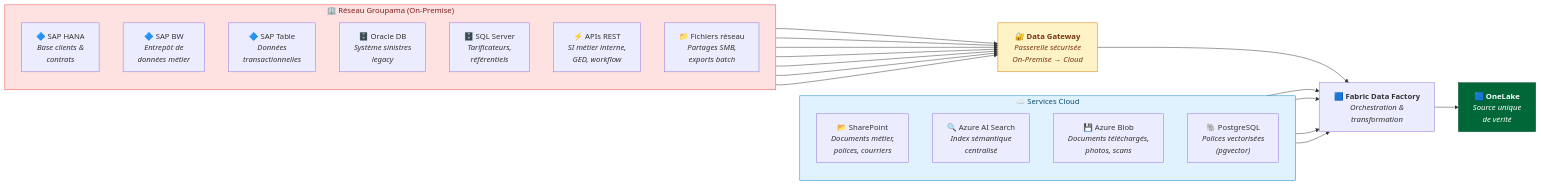
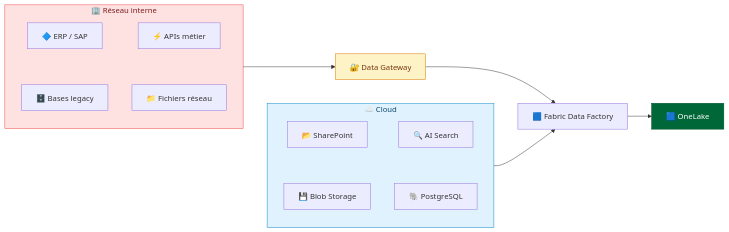
One commit to olivMertens/WorkbenchIQ changed the second of 20 diagrams in docs/ARCHITECTURE-AGENTIC-V2-TARGET.md. Above: the diagram before and after it, drawn with Mermaid. The commit also changed other lines of this file and 6 other files, not shown here.

First line of the commit message:
Architecture docs: hybrid strategy, HITL, FAQ data locality, pipeline detail, PDF generator

````diff
--- a/docs/ARCHITECTURE-AGENTIC-V2-TARGET.md
+++ b/docs/ARCHITECTURE-AGENTIC-V2-TARGET.md
@@ -80,47 +71,20 @@
 ```mermaid
 flowchart LR
-    subgraph ON_PREM["🏢 Réseau Groupama (On-Premise)"]
-        direction TB
-        SAP_HANA["🔷 SAP HANA<br/><i>Base clients &<br/>contrats</i>"]
-        SAP_BW["🔷 SAP BW<br/><i>Entrepôt de<br/>données métier</i>"]
-        SAP_TABLE["🔷 SAP Table<br/><i>Données<br/>transactionnelles</i>"]
-        ORACLE["🗄️ Oracle DB<br/><i>Système sinistres<br/>legacy</i>"]
-        SQLSRV["🗄️ SQL Server<br/><i>Tarificateurs,<br/>référentiels</i>"]
-        API_REST["⚡ APIs REST<br/><i>SI métier interne,<br/>GED, workflow</i>"]
-        FICHIERS["📁 Fichiers réseau<br/><i>Partages SMB,<br/>exports batch</i>"]
+    subgraph ON_PREM["🏢 Réseau interne"]
+        SAP_HANA["🔷 ERP / SAP"] ~~~ ORACLE["🗄️ Bases legacy"]
+        API_REST["⚡ APIs métier"] ~~~ FICHIERS["📁 Fichiers réseau"]
     end
-
-    GW["🔐 <b>Data Gateway</b><br/><i>Passerelle sécurisée<br/>On-Premise → Cloud</i>"]
-
-    subgraph CLOUD["☁️ Services Cloud"]
-        direction TB
-        SHAREPOINT["📂 SharePoint<br/><i>Documents métier,<br/>polices, courriers</i>"]
-        AI_SEARCH["🔍 Azure AI Search<br/><i>Index sémantique<br/>centralisé</i>"]
-        BLOB["💾 Azure Blob<br/><i>Documents téléchargés,<br/>photos, scans</i>"]
-        PG["🐘 PostgreSQL<br/><i>Polices vectorisées<br/>(pgvector)</i>"]
+    GW["🔐 Data Gateway"]
+    subgraph CLOUD["☁️ Cloud"]
+        SHAREPOINT["📂 SharePoint"] ~~~ BLOB["💾 Blob Storage"]
+        AI_SEARCH["🔍 AI Search"] ~~~ PG["🐘 PostgreSQL"]
     end
-
-    FABRIC_DF["🟦 <b>Fabric Data Factory</b><br/><i>Orchestration &<br/>transformation</i>"]
-
-    SAP_HANA --> GW
-    SAP_BW --> GW
-    SAP_TABLE --> GW
-    ORACLE --> GW
-    SQLSRV --> GW
-    API_REST --> GW
-    FICHIERS --> GW
-
-    GW --> FABRIC_DF
-
-    SHAREPOINT --> FABRIC_DF
-    AI_SEARCH --> FABRIC_DF
-    BLOB --> FABRIC_DF
-    PG --> FABRIC_DF
-
-    FABRIC_DF --> ONELAKE["🟦 <b>OneLake</b><br/><i>Source unique<br/>de vérité</i>"]
-
+    FABRIC_DF["🟦 Fabric Data Factory"]
+    ON_PREM --> GW --> FABRIC_DF
+    CLOUD --> FABRIC_DF
+    FABRIC_DF --> ONELAKE["🟦 OneLake"]
     style ON_PREM fill:#fee2e2,stroke:#ef4444,color:#7f1d1d
     style GW fill:#fef3c7,stroke:#d97706,color:#78350f
     style CLOUD fill:#e0f2fe,stroke:#0284c7,color:#0c4a6e
     style ONELAKE fill:#006838,stroke:#004d2a,color:#fff
 ```
````
